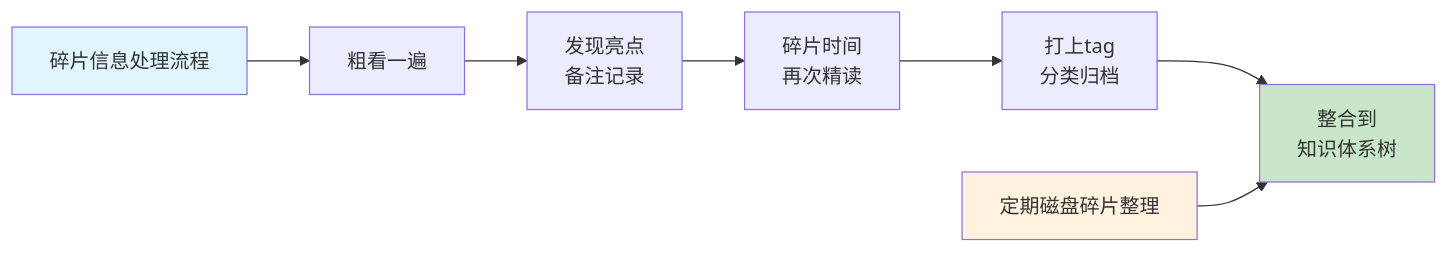
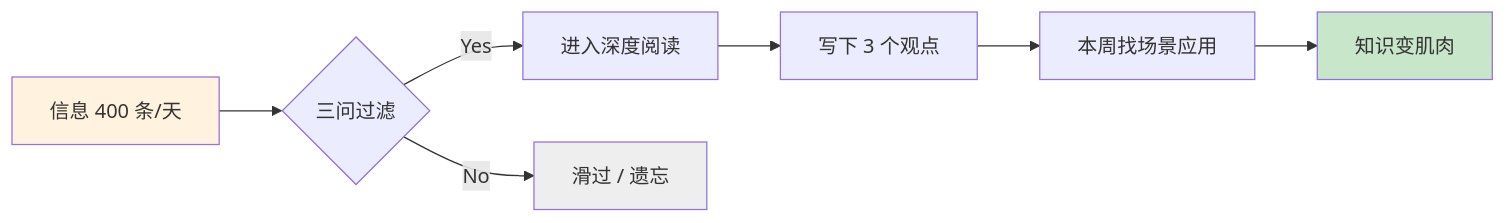
One commit to chongyang211/YCBookBlog changed the second of 2 diagrams in packages/website/13.书籍/04.自我精进·学习/03.信息管理/01.信息过载怎么办.md. Above: the diagram before and after it, drawn with Mermaid. The commit also changed other lines of this file and 83 other files, not shown here.

````diff
--- a/packages/website/13.书籍/04.自我精进·学习/03.信息管理/01.信息过载怎么办.md
+++ b/packages/website/13.书籍/04.自我精进·学习/03.信息管理/01.信息过载怎么办.md
@@ -155,14 +157,12 @@
 ```mermaid
 graph LR
-    A[碎片信息处理流程] --> B[粗看一遍]
-    B --> C[发现亮点<br/>备注记录]
-    C --> D[碎片时间<br/>再次精读]
-    D --> E[打上tag<br/>分类归档]
-    E --> F[整合到<br/>知识体系树]
-    
-    G[定期磁盘碎片整理] --> F
-    
-    style A fill:#e1f5fe
-    style F fill:#c8e6c9
-    style G fill:#fff3e0
+    A[信息 400 条/天] --> B{三问过滤}
+    B -->|Yes| C[进入深度阅读]
+    B -->|No| D[滑过 / 遗忘]
+    C --> E[写下 3 个观点]
+    E --> F[本周找场景应用]
+    F --> G[知识变肌肉]
+    style A fill:#fff3e0
+    style G fill:#c8e6c9
+    style D fill:#eeeeee
 ```
````
